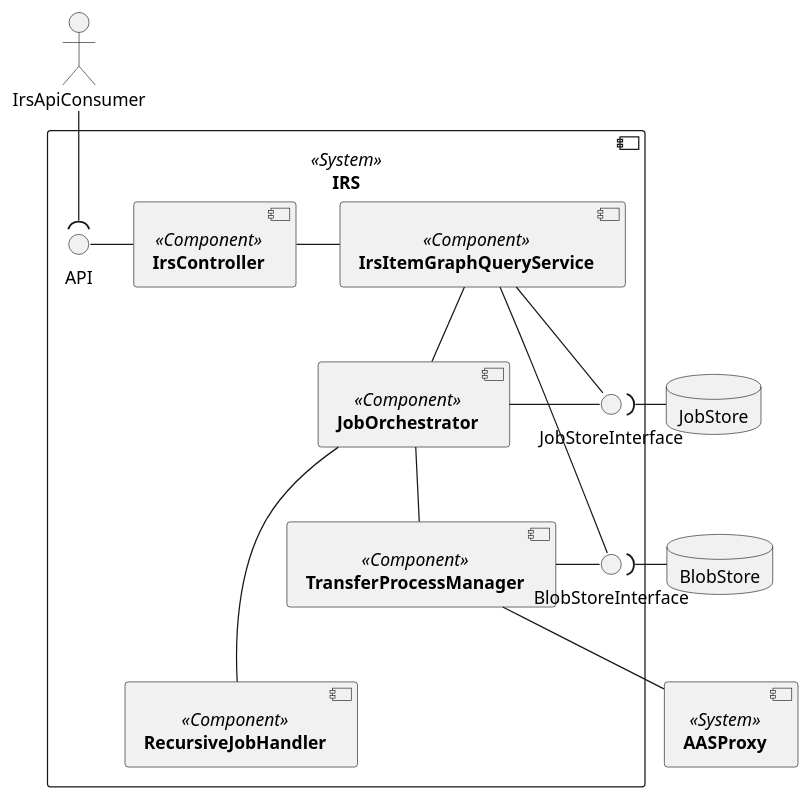
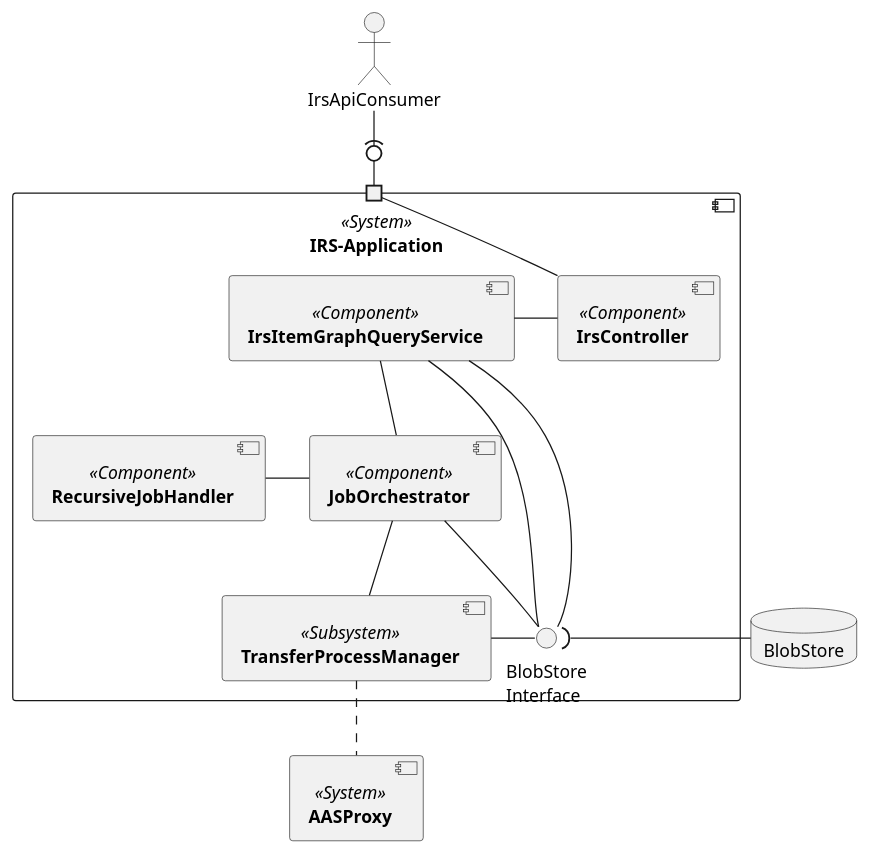
The diagram in uml-diagramms/irs-component-diagram-Level1.puml (catenax-ng/product-item-relationship-service), drawn with PlantUML before and after one commit. The commit also changed 2 other files, not shown here.

Commit message:
small changes to diagramms

```diff
--- a/uml-diagramms/irs-component-diagram-Level1.puml
+++ b/uml-diagramms/irs-component-diagram-Level1.puml
@@ -1,39 +1,42 @@
-@startuml 
+@startuml
 skinparam monochrome true
 skinparam shadowing false
 
-component [**IRS**] <<System>> as IRS {
+ component [**IRS-Application**] <<System>> as IRS {
     component [**RecursiveJobHandler**] <<Component>> as RecursiveJobHandler
     component [**IrsController**] <<Component>> as IrsController
     component [**IrsItemGraphQueryService**] <<Component>> as IrsItemGraphQueryService
     component [**JobOrchestrator**] <<Component>> as JobOrchestrator
-    component [**TransferProcessManager**] <<Component>> as TransferProcessManager
+    component [**TransferProcessManager**] <<Subsystem>> as TransferProcessManager
+    'component [**AASClient**] <<Subsystem>> as AASClient
+    'component [**AASFacade**] <<Subsystem>> as AASFacade
+    'component [**SubmodelClient**] <<Subsystem>> as SubmodelClient
+    'component [**SubmodelFacade**] <<Subsystem>> as SubmodelFacade ' --> Level2 View
 
-    interface BlobStoreInterface
-    interface JobStoreInterface
-    interface API
 
-    IrsController - IrsItemGraphQueryService
+    interface "BlobStore\nInterface" as StoreInterface
+	port " " as API
+
+    IrsController -left- IrsItemGraphQueryService
 
     IrsItemGraphQueryService -- JobOrchestrator
-    IrsItemGraphQueryService - JobStoreInterface
-    IrsItemGraphQueryService - BlobStoreInterface
-    JobOrchestrator - JobStoreInterface
+    IrsItemGraphQueryService - StoreInterface
+    IrsItemGraphQueryService -up- StoreInterface
+    JobOrchestrator -right- StoreInterface
     JobOrchestrator -- TransferProcessManager
-    JobOrchestrator --- RecursiveJobHandler
-    TransferProcessManager - BlobStoreInterface
+    JobOrchestrator -left- RecursiveJobHandler
+    TransferProcessManager - StoreInterface
 
+    IrsController - API
 }
-component [**AASProxy**] <<System>> as AASProxy
-TransferProcessManager -- AASProxy
-
-database BlobStore
-database JobStore
-BlobStoreInterface )- BlobStore
-JobStoreInterface )- JobStore
-
 actor IrsApiConsumer
 
-API - IrsController
-IrsApiConsumer --( API
+IrsApiConsumer -(0- API
+
+component [**AASProxy**] <<System>> as AASProxy
+TransferProcessManager .. AASProxy
+
+database "BlobStore" as BlobStore
+StoreInterface )-right- BlobStore
+
 @enduml
```
